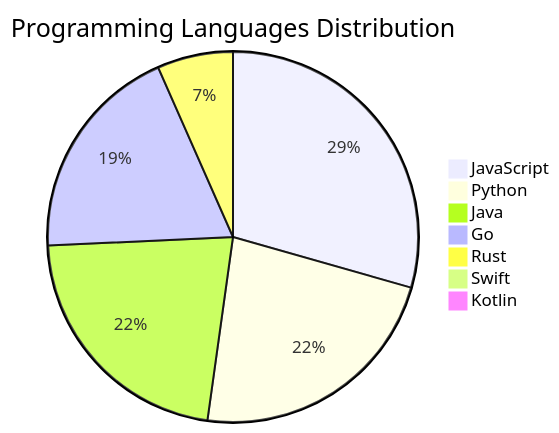
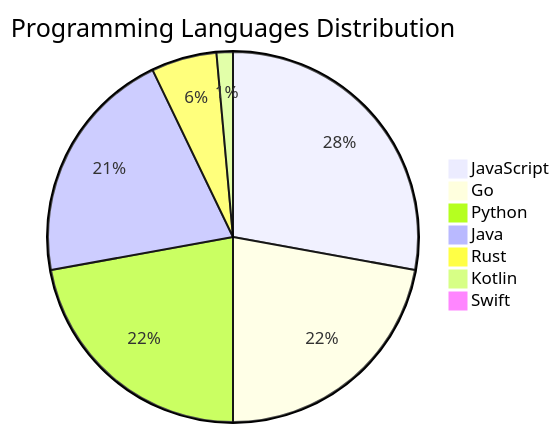
The diagram in README.md (Derrick-MUGISHA/github-activity-bot), drawn with Mermaid before and after one commit. The commit also changed other lines of this file and 4 other files, not shown here.

````diff
--- a/README.md
+++ b/README.md
@@ -213,10 +209,10 @@
 ```mermaid
 pie title Programming Languages Distribution
-    "JavaScript" : 40
+    "JavaScript" : 39
+    "Go" : 31
     "Python" : 31
-    "Java" : 30
-    "Go" : 26
-    "Rust" : 9
+    "Java" : 29
+    "Rust" : 8
+    "Kotlin" : 2
     "Swift" : 1
-    "Kotlin" : 1
 ```
````
